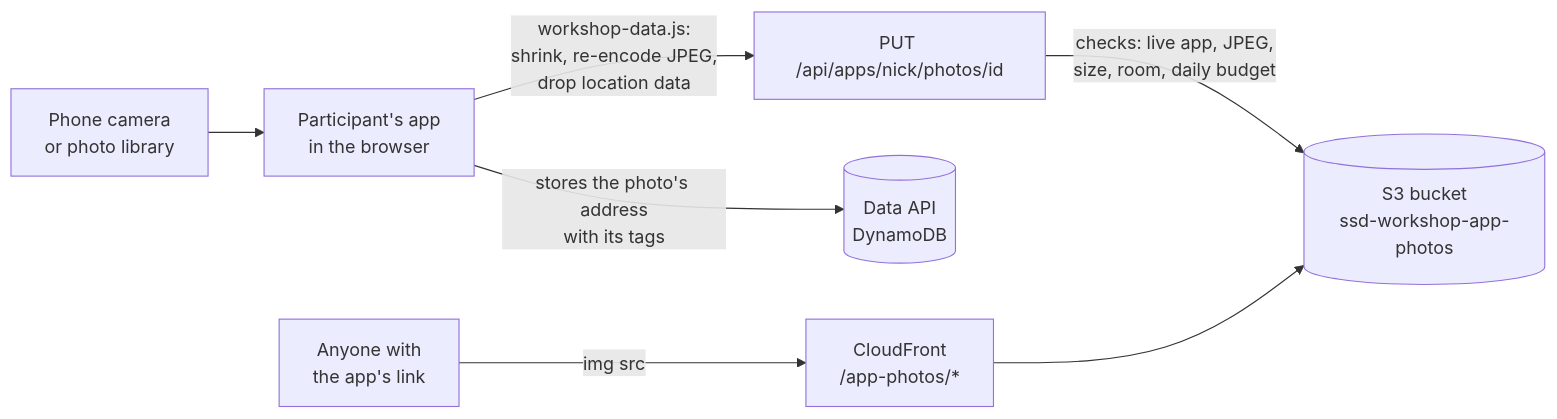
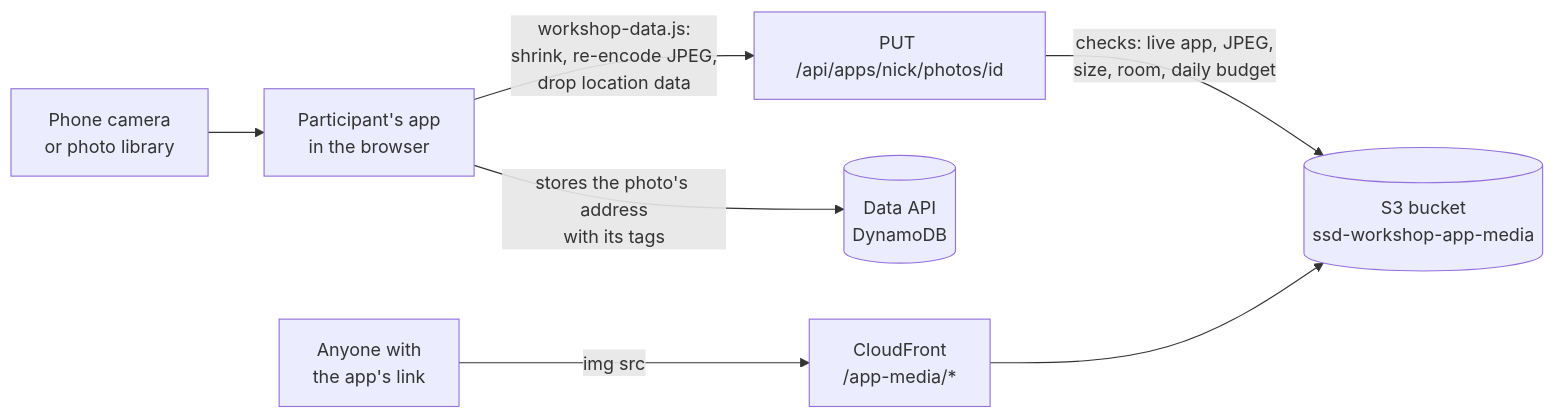
Before and after one commit to kifbv/ssd-workshop: the second of 2 diagrams in docs/phases/phase-3b.md, drawn with Mermaid. The commit also changed other lines of this file and 1 other file, not shown here.

First line of the commit message:
Phase 3b: media (voice recordings), AI caps doubled, question 8 (Transcribe)

````diff
--- a/docs/phases/phase-3b.md
+++ b/docs/phases/phase-3b.md
@@ -30,8 +32,8 @@
 ```mermaid
 flowchart LR
   cam[Phone camera<br/>or photo library] --> app[Participant's app<br/>in the browser]
   app -->|workshop-data.js:<br/>shrink, re-encode JPEG,<br/>drop location data| api[PUT /api/apps/nick/photos/id]
-  api -->|checks: live app, JPEG,<br/>size, room, daily budget| s3[(S3 bucket<br/>ssd-workshop-app-photos)]
+  api -->|checks: live app, JPEG,<br/>size, room, daily budget| s3[(S3 bucket<br/>ssd-workshop-app-media)]
   app -->|stores the photo's address<br/>with its tags| data[(Data API<br/>DynamoDB)]
-  viewer[Anyone with<br/>the app's link] -->|img src| cf[CloudFront<br/>/app-photos/*] --> s3
+  viewer[Anyone with<br/>the app's link] -->|img src| cf[CloudFront<br/>/app-media/*] --> s3
 ```
````
